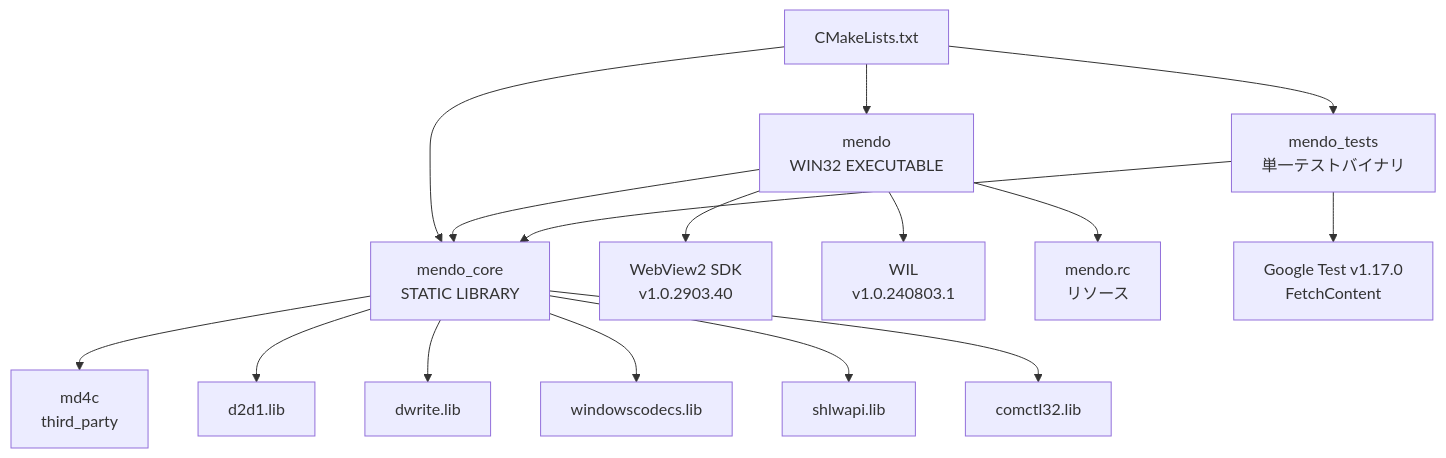
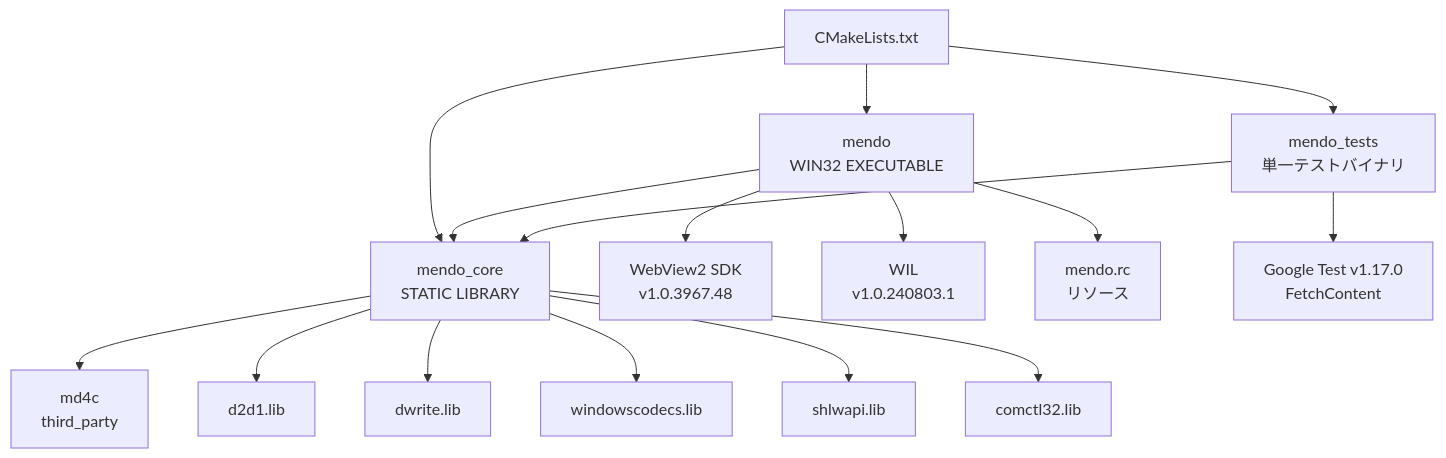
Diagram 20 of 27 in example/test.md (tanaton/mendo), drawn with Mermaid before and after one commit. The commit also changed other lines of this file, not shown here.

````diff
--- a/example/test.md
+++ b/example/test.md
@@ -2929,20 +2885,20 @@
 ```mermaid
 graph TD
     ROOT[CMakeLists.txt] --> CORE[mendo_core<br>STATIC LIBRARY]
     ROOT --> EXE[mendo<br>WIN32 EXECUTABLE]
     ROOT --> TEST[mendo_tests<br>単一テストバイナリ]
 
     CORE --> MD4C[md4c<br>third_party]
     EXE --> CORE
-    EXE --> WV2[WebView2 SDK<br>v1.0.2903.40]
+    EXE --> WV2[WebView2 SDK<br>v1.0.3967.48]
     EXE --> WIL[WIL<br>v1.0.240803.1]
     EXE --> RC[mendo.rc<br>リソース]
     TEST --> CORE
     TEST --> GTEST[Google Test v1.17.0<br>FetchContent]
 
     CORE --> D2D1[d2d1.lib]
     CORE --> DWRITE[dwrite.lib]
     CORE --> WIC_LIB[windowscodecs.lib]
     CORE --> SHLWAPI[shlwapi.lib]
     CORE --> COMCTL[comctl32.lib]
 ```
````
